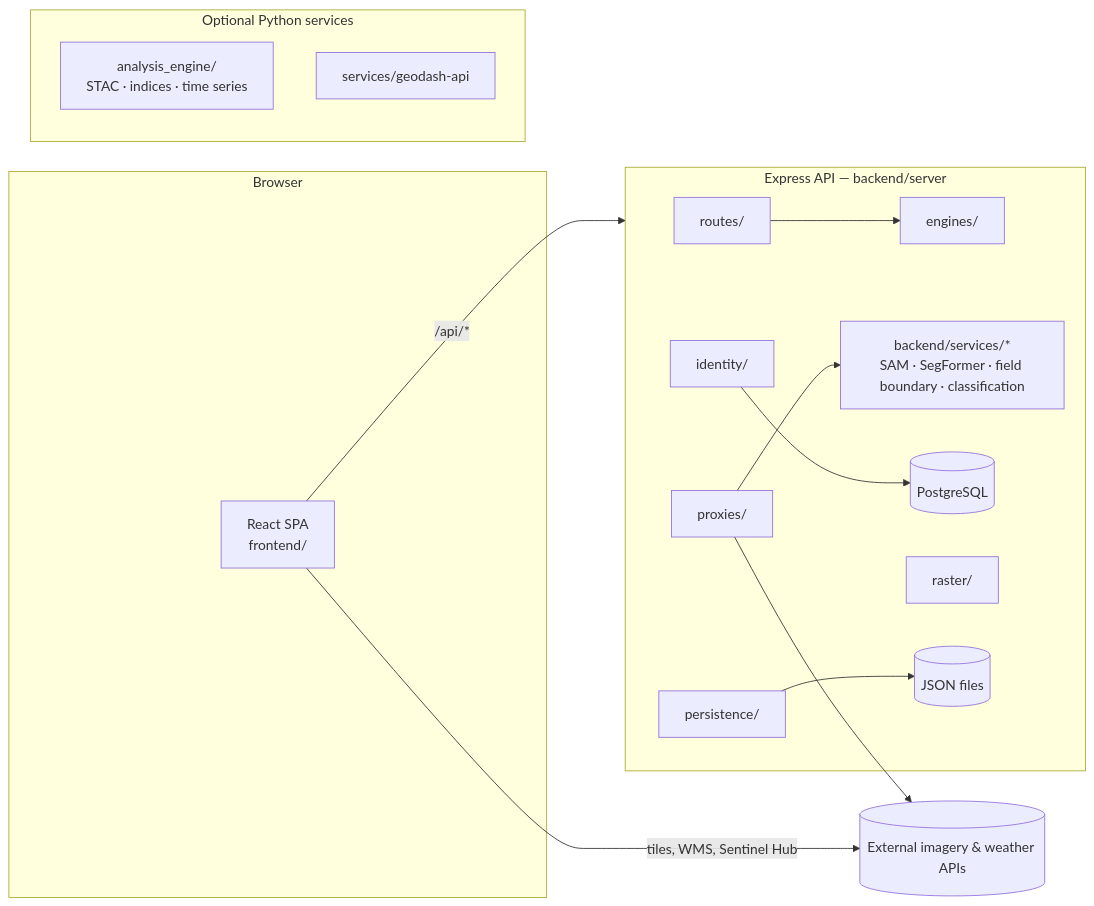
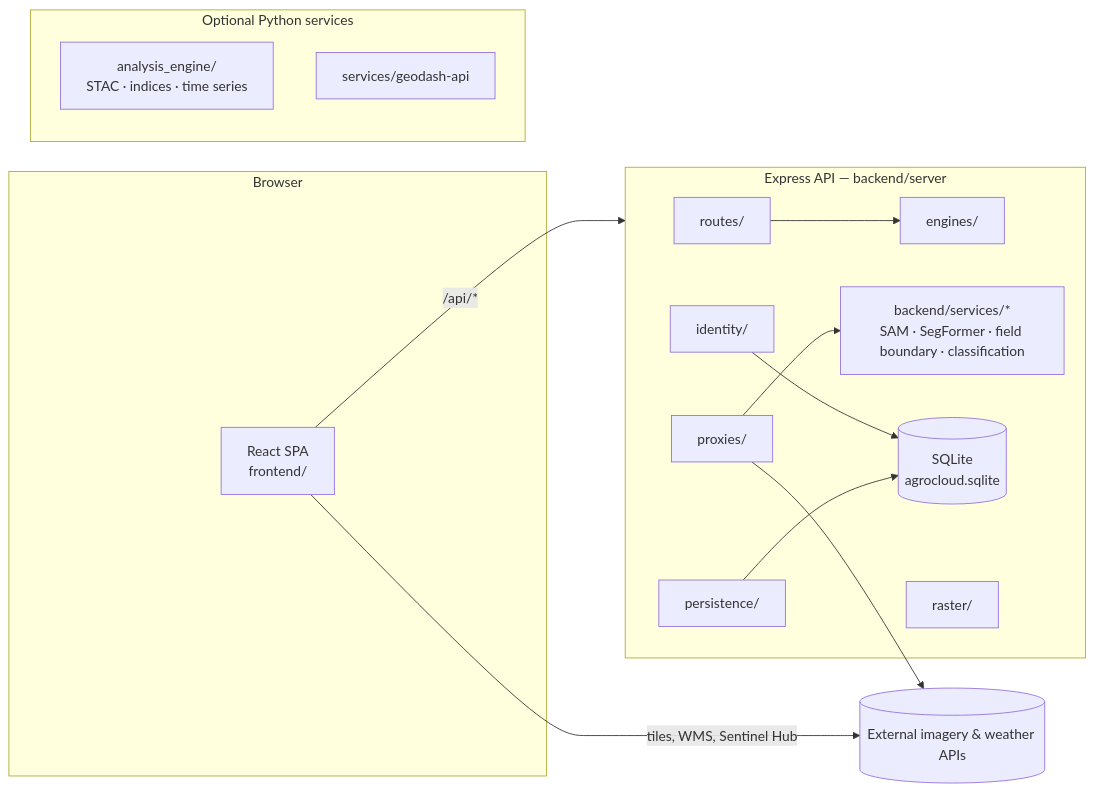
The diagram in ARCHITECTURE.md (ALKAMELGIS/AgroCloud), drawn with Mermaid before and after one commit. The commit also changed other lines of this file and 17 other files, not shown here.

````diff
--- a/ARCHITECTURE.md
+++ b/ARCHITECTURE.md
@@ -5,21 +5,21 @@
 ```mermaid
 flowchart LR
   subgraph browser [Browser]
     SPA[React SPA<br/>frontend/]
   end
   subgraph api [Express API — backend/server]
     R[routes/] --> E[engines/]
     P[proxies/] --> AI
-    I[identity/] --> PG[(PostgreSQL)]
+    I[identity/] --> DB[(SQLite<br/>agrocloud.sqlite)]
     RS[raster/]
-    PS[persistence/] --> FS[(JSON files)]
+    PS[persistence/] --> DB
   end
   subgraph py [Optional Python services]
     AI[backend/services/*<br/>SAM · SegFormer · field boundary · classification]
     AE[analysis_engine/<br/>STAC · indices · time series]
     GD[services/geodash-api]
   end
   SPA -->|/api/*| api
   SPA -->|tiles, WMS, Sentinel Hub| EXT[(External imagery & weather APIs)]
   P --> EXT
 ```
````
